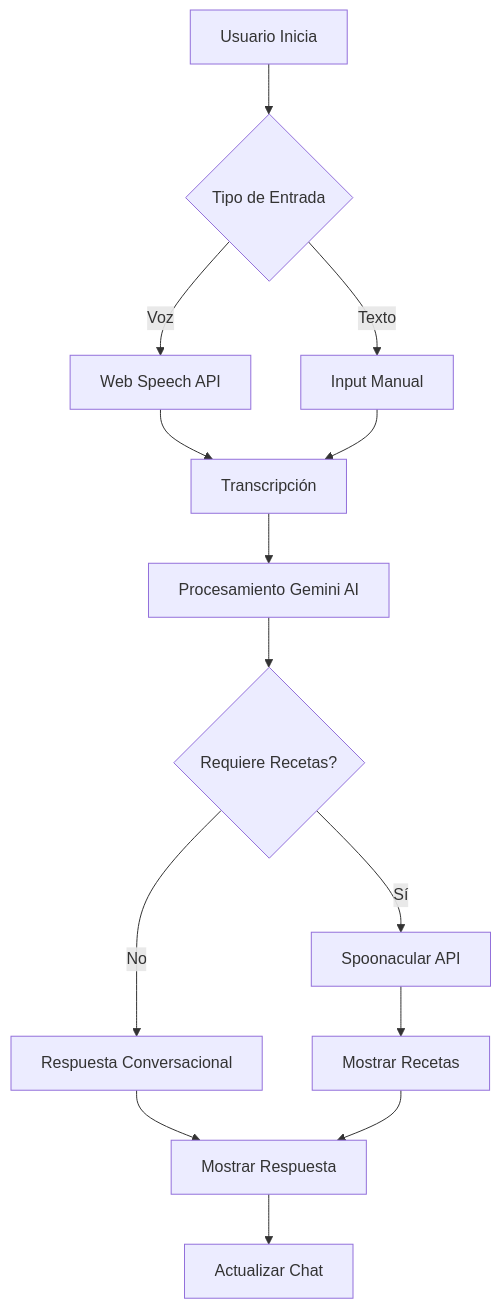
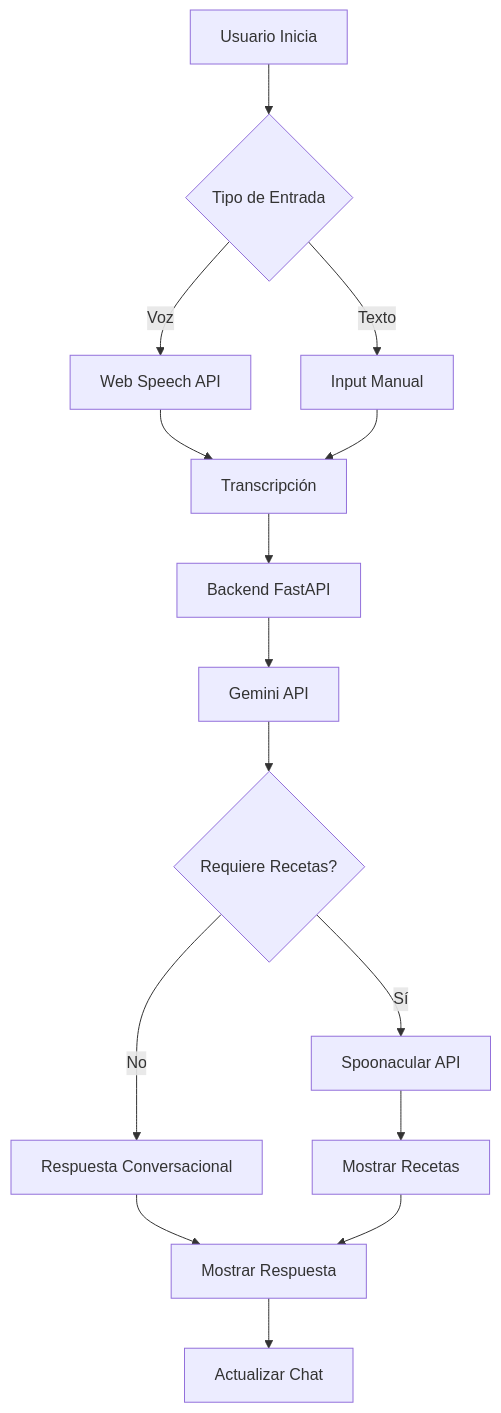
One commit to johernandezvaz/asistente-comida-vue changed the diagram in README.md. Above: the diagram before and after it, drawn with Mermaid. The commit also changed other lines of this file and 6 other files, not shown here.

````diff
--- a/README.md
+++ b/README.md
@@ -313,16 +403,17 @@
 ```mermaid
 graph TD
     A[Usuario Inicia] --> B{Tipo de Entrada}
     B -->|Voz| C[Web Speech API]
     B -->|Texto| D[Input Manual]
     C --> E[Transcripción]
     D --> E
-    E --> F[Procesamiento Gemini AI]
-    F --> G{Requiere Recetas?}
-    G -->|Sí| H[Spoonacular API]
-    G -->|No| I[Respuesta Conversacional]
-    H --> J[Mostrar Recetas]
-    I --> K[Mostrar Respuesta]
-    J --> K
-    K --> L[Actualizar Chat]
+    E --> F[Backend FastAPI]
+    F --> G[Gemini API]
+    G --> H{Requiere Recetas?}
+    H -->|Sí| I[Spoonacular API]
+    H -->|No| J[Respuesta Conversacional]
+    I --> K[Mostrar Recetas]
+    J --> L[Mostrar Respuesta]
+    K --> L
+    L --> M[Actualizar Chat]
 ```
````
